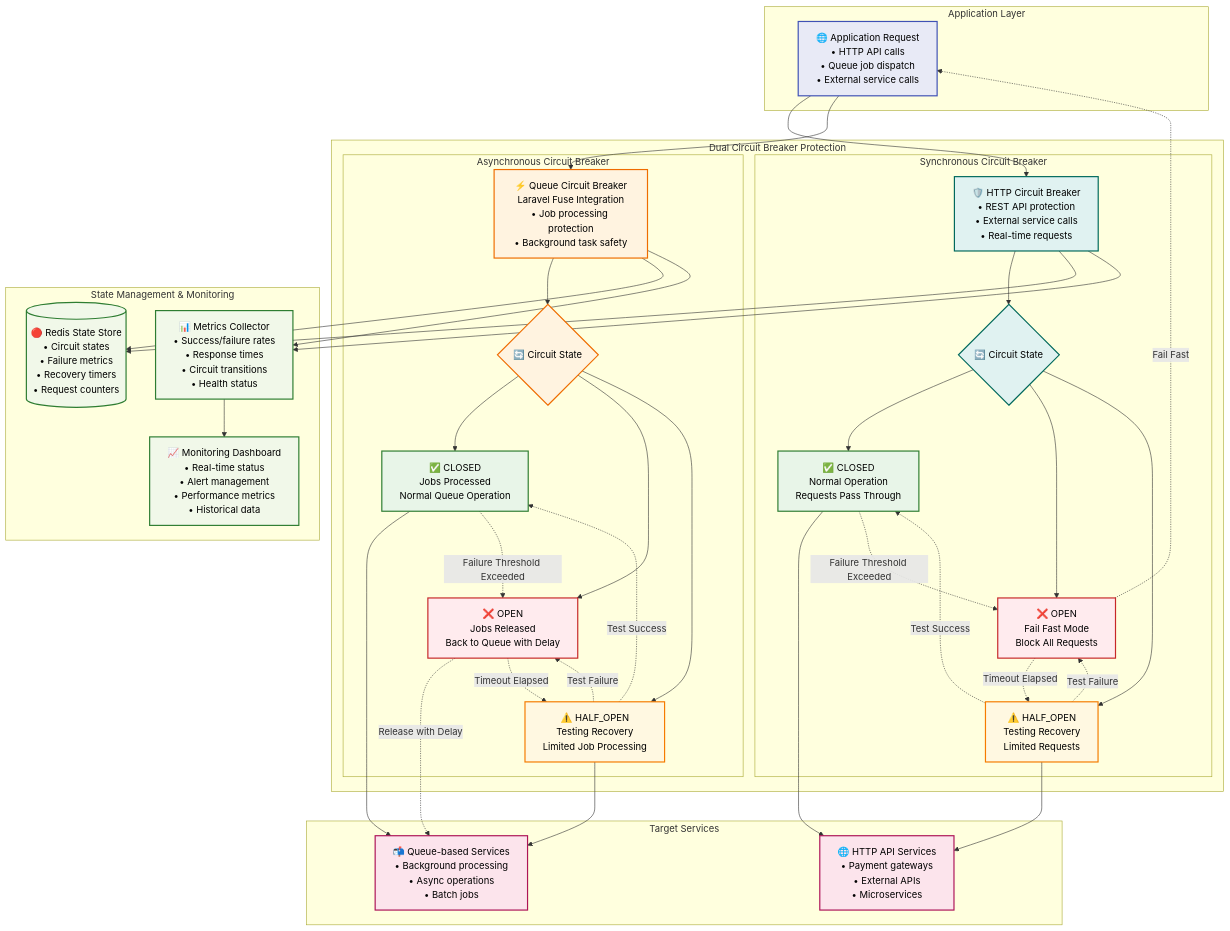
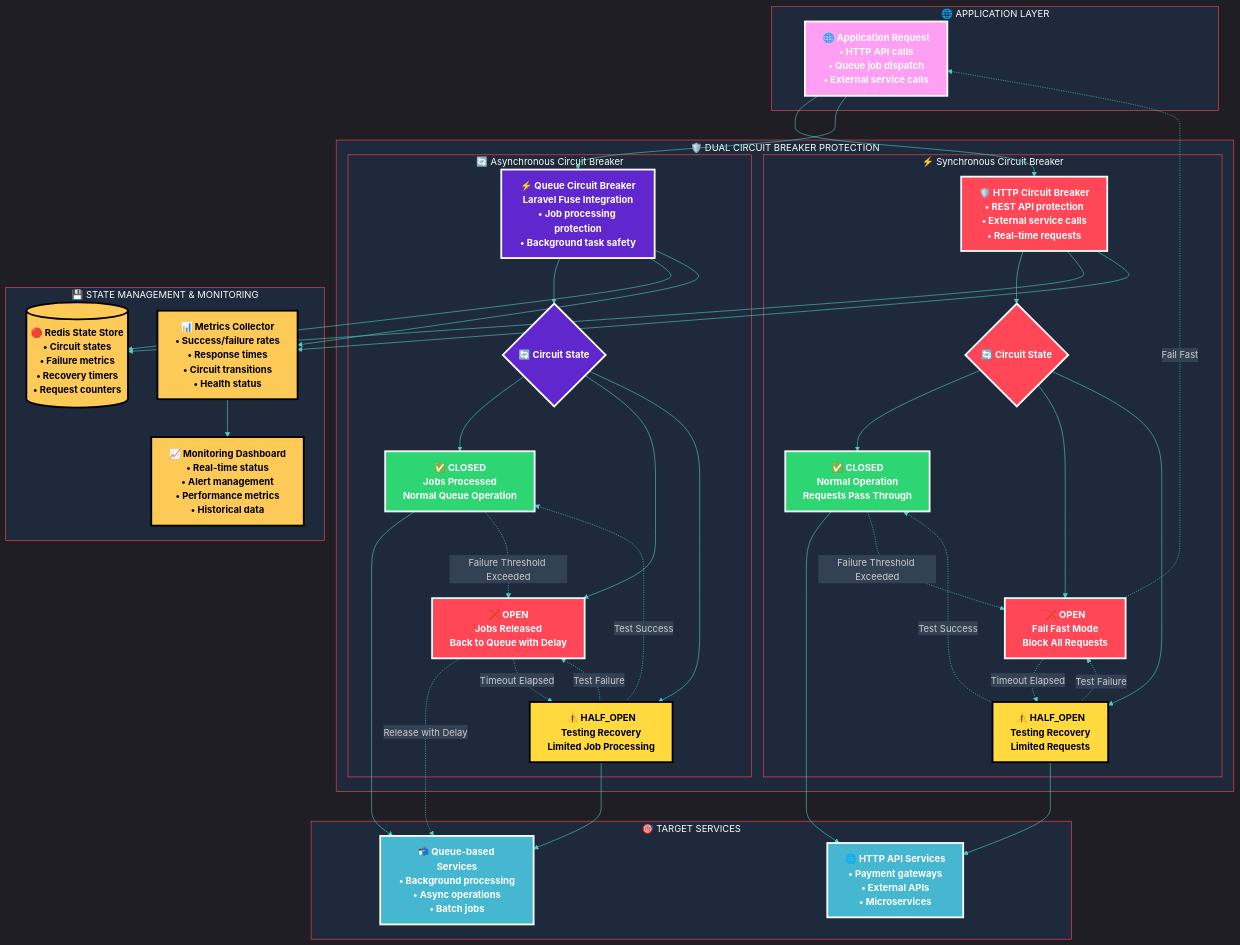
One commit to abdoElHodaky/larvrevrstender changed the first of 3 diagrams in diagrams/circuit-breaker-architecture.md. Above: the diagram before and after it, drawn with Mermaid. The commit also changed other lines of this file and 1 other file, not shown here.

First line of the commit message:
fix: Update data flow diagram styling and recreate circuit breaker architecture

````diff
--- a/diagrams/circuit-breaker-architecture.md
+++ b/diagrams/circuit-breaker-architecture.md
@@ -9,11 +9,32 @@
 ```mermaid
+%%{init: {
+  'theme': 'dark',
+  'themeVariables': {
+    'primaryColor': '#FF4757',
+    'primaryTextColor': '#FFFFFF',
+    'primaryBorderColor': '#FF6B7A',
+    'lineColor': '#4ECDC4',
+    'secondaryColor': '#45B7D1',
+    'tertiaryColor': '#96CEB4',
+    'background': '#0F172A',
+    'mainBkg': '#1E293B',
+    'secondBkg': '#334155',
+    'tertiaryBkg': '#475569',
+    'clusterBkg': '#1E293B',
+    'clusterBorder': '#FF4757',
+    'edgeLabelBackground': '#334155',
+    'nodeTextColor': '#FFFFFF',
+    'edgeColor': '#4ECDC4'
+  }
+}}%%
+
 graph TB
-    subgraph "Application Layer"
+    subgraph "🌐 APPLICATION LAYER"
         APP_REQUEST[🌐 Application Request<br/>• HTTP API calls<br/>• Queue job dispatch<br/>• External service calls]
     end
 
-    subgraph "Dual Circuit Breaker Protection"
-        subgraph "Synchronous Circuit Breaker"
+    subgraph "🛡️ DUAL CIRCUIT BREAKER PROTECTION"
+        subgraph "⚡ Synchronous Circuit Breaker"
             SYNC_CB[🛡️ HTTP Circuit Breaker<br/>• REST API protection<br/>• External service calls<br/>• Real-time requests]
             SYNC_STATE{🔄 Circuit State}
             SYNC_CLOSED[✅ CLOSED<br/>Normal Operation<br/>Requests Pass Through]
@@ -21,7 +42,7 @@
             SYNC_HALF[⚠️ HALF_OPEN<br/>Testing Recovery<br/>Limited Requests]
         end
         
-        subgraph "Asynchronous Circuit Breaker"
+        subgraph "🔄 Asynchronous Circuit Breaker"
             ASYNC_CB[⚡ Queue Circuit Breaker<br/>Laravel Fuse Integration<br/>• Job processing protection<br/>• Background task safety]
             ASYNC_STATE{🔄 Circuit State}
             ASYNC_CLOSED[✅ CLOSED<br/>Jobs Processed<br/>Normal Queue Operation]
@@ -30,12 +51,12 @@
         end
     end
 
-    subgraph "Target Services"
+    subgraph "🎯 TARGET SERVICES"
         HTTP_SERVICE[🌐 HTTP API Services<br/>• Payment gateways<br/>• External APIs<br/>• Microservices]
         QUEUE_SERVICE[📬 Queue-based Services<br/>• Background processing<br/>• Async operations<br/>• Batch jobs]
     end
 
-    subgraph "State Management & Monitoring"
+    subgraph "💾 STATE MANAGEMENT & MONITORING"
         REDIS_STATE[(🔴 Redis State Store<br/>• Circuit states<br/>• Failure metrics<br/>• Recovery timers<br/>• Request counters)]
         METRICS_COLLECTOR[📊 Metrics Collector<br/>• Success/failure rates<br/>• Response times<br/>• Circuit transitions<br/>• Health status]
         MONITORING[📈 Monitoring Dashboard<br/>• Real-time status<br/>• Alert management<br/>• Performance metrics<br/>• Historical data]
@@ -84,15 +105,15 @@
     ASYNC_HALF -.->|Test Success| ASYNC_CLOSED
     ASYNC_HALF -.->|Test Failure| ASYNC_OPEN
 
-    %% Styling
-    classDef appStyle fill:#e8eaf6,stroke:#3f51b5,stroke-width:2px,color:#000
-    classDef syncStyle fill:#e0f2f1,stroke:#00695c,stroke-width:2px,color:#000
-    classDef asyncStyle fill:#fff3e0,stroke:#ef6c00,stroke-width:2px,color:#000
-    classDef serviceStyle fill:#fce4ec,stroke:#ad1457,stroke-width:2px,color:#000
-    classDef stateStyle fill:#f1f8e9,stroke:#2e7d32,stroke-width:2px,color:#000
-    classDef closedStyle fill:#e8f5e8,stroke:#2e7d32,stroke-width:2px,color:#000
-    classDef openStyle fill:#ffebee,stroke:#c62828,stroke-width:2px,color:#000
-    classDef halfStyle fill:#fff8e1,stroke:#f57c00,stroke-width:2px,color:#000
+    %% Distinguished Eye-Catching Styling
+    classDef appStyle fill:#FF9FF3,stroke:#FFFFFF,stroke-width:3px,color:#FFFFFF,font-weight:bold
+    classDef syncStyle fill:#FF4757,stroke:#FFFFFF,stroke-width:3px,color:#FFFFFF,font-weight:bold
+    classDef asyncStyle fill:#5F27CD,stroke:#FFFFFF,stroke-width:3px,color:#FFFFFF,font-weight:bold
+    classDef serviceStyle fill:#45B7D1,stroke:#FFFFFF,stroke-width:3px,color:#FFFFFF,font-weight:bold
+    classDef stateStyle fill:#FECA57,stroke:#000000,stroke-width:3px,color:#000000,font-weight:bold
+    classDef closedStyle fill:#2ED573,stroke:#FFFFFF,stroke-width:3px,color:#FFFFFF,font-weight:bold
+    classDef openStyle fill:#FF4757,stroke:#FFFFFF,stroke-width:3px,color:#FFFFFF,font-weight:bold
+    classDef halfStyle fill:#FFD93D,stroke:#000000,stroke-width:3px,color:#000000,font-weight:bold
 
     class APP_REQUEST appStyle
     class SYNC_CB,SYNC_STATE syncStyle
````
